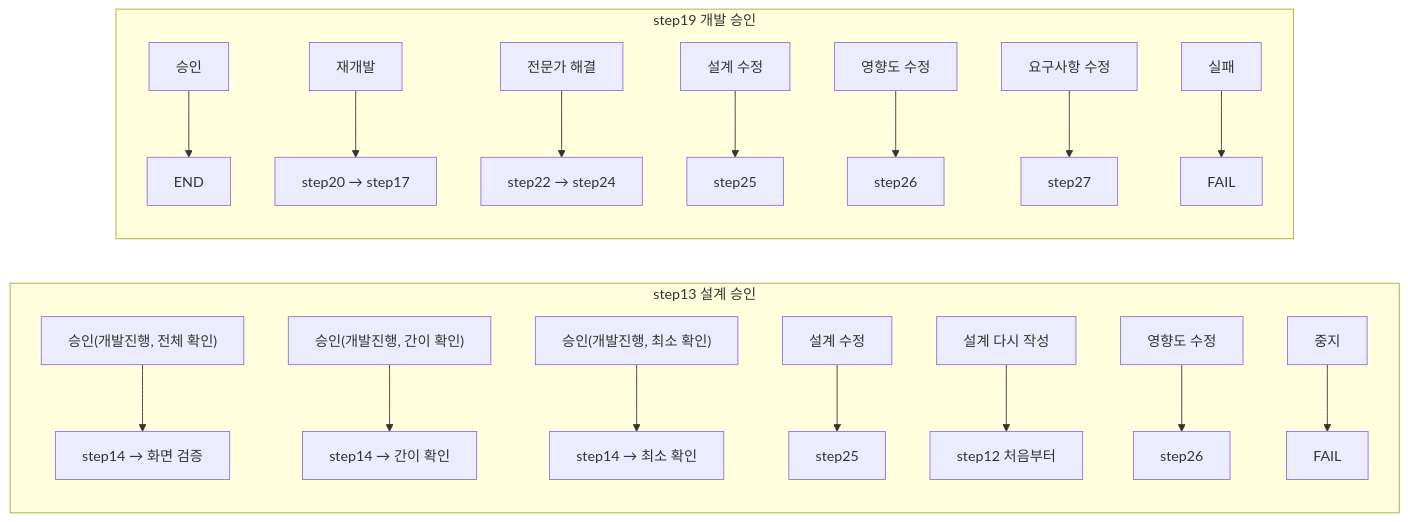
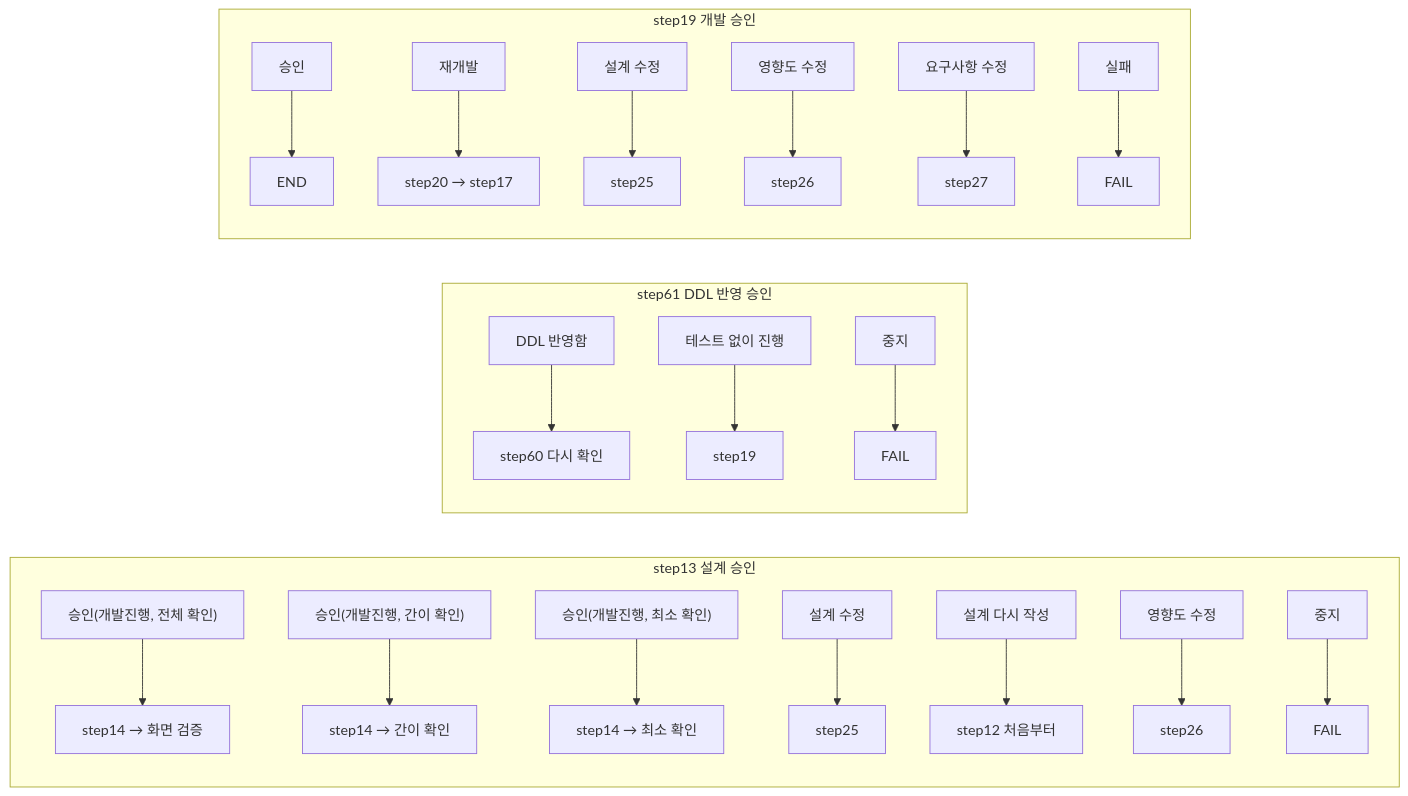
One commit to YongSoekChoeng/dstone changed diagram 19 of 24 in docs/09.dstone-ai-engine-sm-workflow.md. Above: the diagram before and after it, drawn with Mermaid. The commit also changed other lines of this file and 55 other files, not shown here.

````diff
--- a/docs/09.dstone-ai-engine-sm-workflow.md
+++ b/docs/09.dstone-ai-engine-sm-workflow.md
@@ -1450,21 +1438,25 @@
 ```mermaid
 flowchart LR
     subgraph S13["step13 설계 승인"]
         c1["승인(개발진행, 전체 확인)"] --> v1["step14 → 화면 검증"]
         c2["승인(개발진행, 간이 확인)"] --> v2["step14 → 간이 확인"]
         c3["승인(개발진행, 최소 확인)"] --> v3["step14 → 최소 확인"]
         c4[설계 수정] --> v4[step25]
         c5[설계 다시 작성] --> v5[step12 처음부터]
         c6[영향도 수정] --> v6[step26]
         c7[중지] --> v7[FAIL]
     end
+    subgraph S61["step61 DDL 반영 승인"]
+        e1[DDL 반영함] --> x1[step60 다시 확인]
+        e2[테스트 없이 진행] --> x2[step19]
+        e3[중지] --> x3[FAIL]
+    end
     subgraph S19["step19 개발 승인"]
         d1[승인] --> w1[END]
         d2[재개발] --> w2[step20 → step17]
-        d3[전문가 해결] --> w3[step22 → step24]
         d4[설계 수정] --> w4[step25]
         d5[영향도 수정] --> w5[step26]
         d6[요구사항 수정] --> w6[step27]
         d7[실패] --> w7[FAIL]
     end
 ```
````
